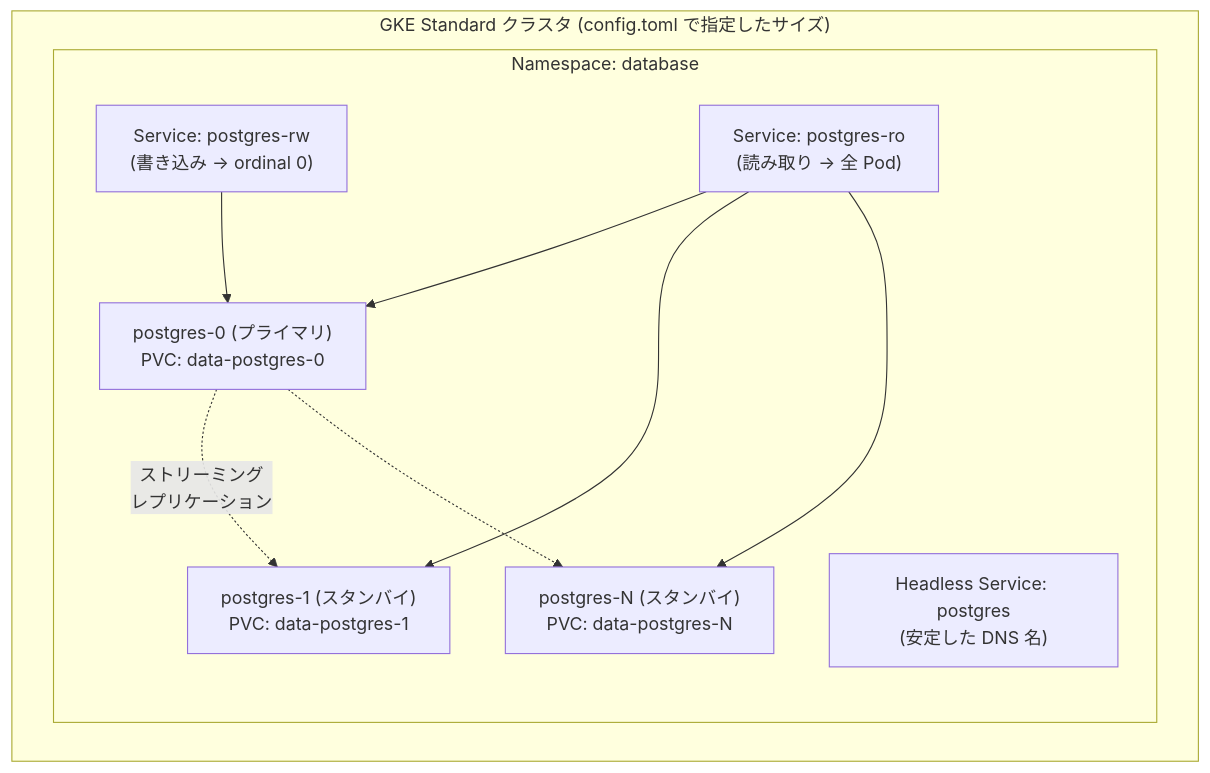
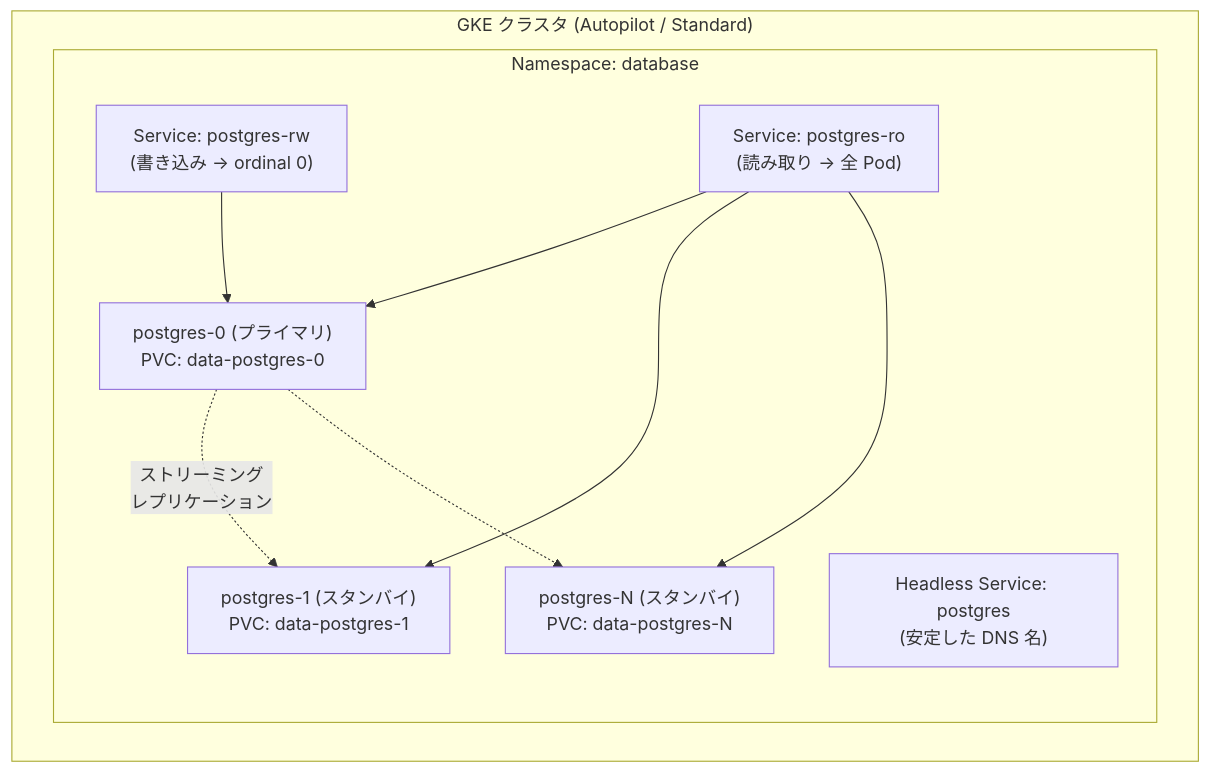
Before and after one commit to shin5ok/gke-postgresql-statefulset: the diagram in README.md, drawn with Mermaid. The commit also changed other lines of this file and 7 other files, not shown here.

````diff
--- a/README.md
+++ b/README.md
@@ -106,21 +127,21 @@
 ```mermaid
 flowchart TB
-    subgraph GKE["GKE Standard クラスタ (config.toml で指定したサイズ)"]
+    subgraph GKE["GKE クラスタ (Autopilot / Standard)"]
         subgraph NS["Namespace: database"]
             SVC_RW["Service: postgres-rw<br/>(書き込み → ordinal 0)"]
             SVC_RO["Service: postgres-ro<br/>(読み取り → 全 Pod)"]
             SVC_H["Headless Service: postgres<br/>(安定した DNS 名)"]
 
             POD0["postgres-0 (プライマリ)<br/>PVC: data-postgres-0"]
             POD1["postgres-1 (スタンバイ)<br/>PVC: data-postgres-1"]
             POD2["postgres-N (スタンバイ)<br/>PVC: data-postgres-N"]
 
             SVC_RW --> POD0
             SVC_RO --> POD0
             SVC_RO --> POD1
             SVC_RO --> POD2
             POD0 -. "ストリーミング<br/>レプリケーション" .-> POD1
             POD0 -.-> POD2
         end
     end
 ```
````
